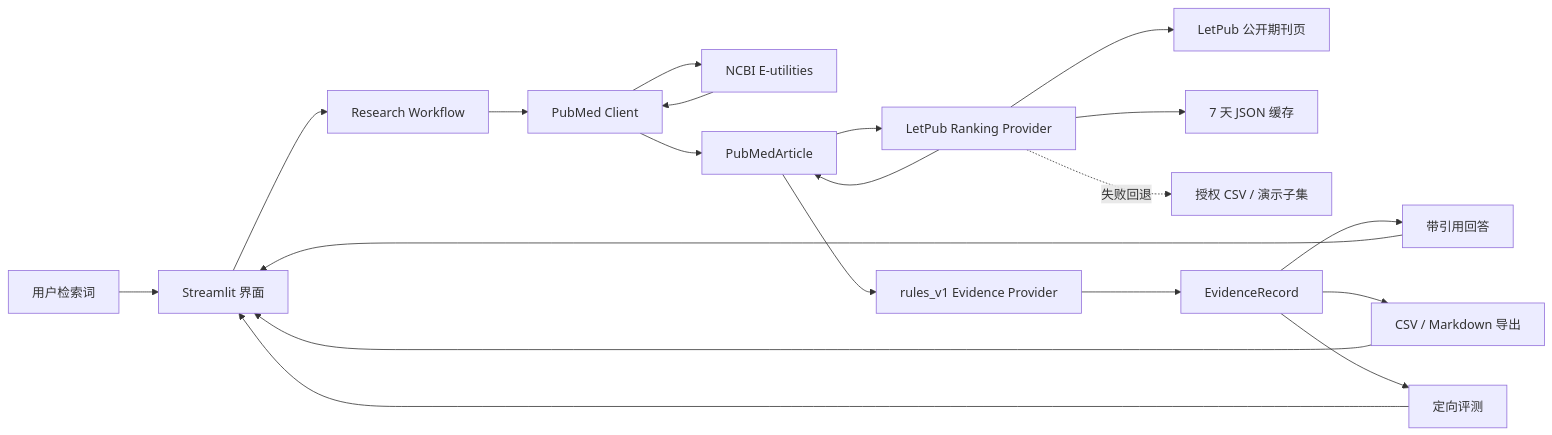
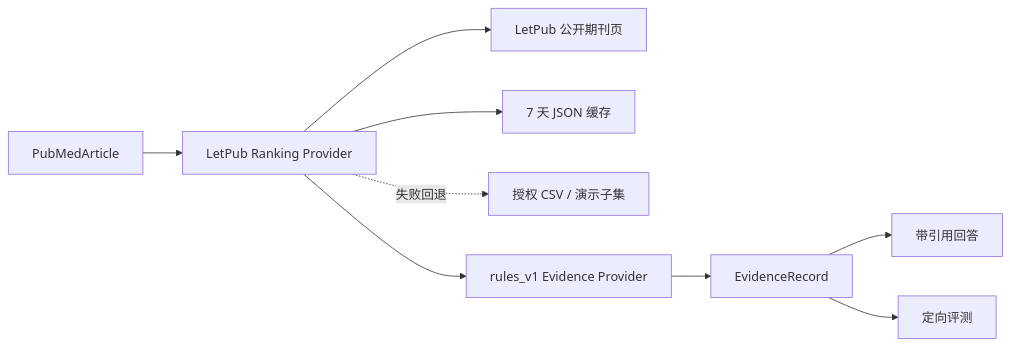
The second of 2 diagrams in docs/ARCHITECTURE.md (Funluned/vetagenteviidence), drawn with Mermaid before and after one commit. The commit also changed other lines of this file and 26 other files, not shown here.

````diff
--- a/docs/ARCHITECTURE.md
+++ b/docs/ARCHITECTURE.md
@@ -5,22 +48,11 @@
 ```mermaid
 flowchart LR
-    U["用户检索词"] --> UI["Streamlit 界面"]
-    UI --> R["Research Workflow"]
-    R --> P["PubMed Client"]
-    P --> N["NCBI E-utilities"]
-    N --> P
-    P --> M["PubMedArticle"]
-    M --> J["LetPub Ranking Provider"]
+    P["PubMedArticle"] --> J["LetPub Ranking Provider"]
     J --> L["LetPub 公开期刊页"]
     J --> K["7 天 JSON 缓存"]
-    J -. 失败回退 .-> C["授权 CSV / 演示子集"]
-    J --> M
-    M --> E["rules_v1 Evidence Provider"]
-    E --> S["EvidenceRecord"]
-    S --> A["带引用回答"]
-    S --> X["CSV / Markdown 导出"]
-    S --> V["定向评测"]
-    A --> UI
-    X --> UI
-    V --> UI
+    J -. "失败回退" .-> C["授权 CSV / 演示子集"]
+    J --> E["rules_v1 Evidence Provider"]
+    E --> R["EvidenceRecord"]
+    R --> A["带引用回答"]
+    R --> V["定向评测"]
 ```
````
